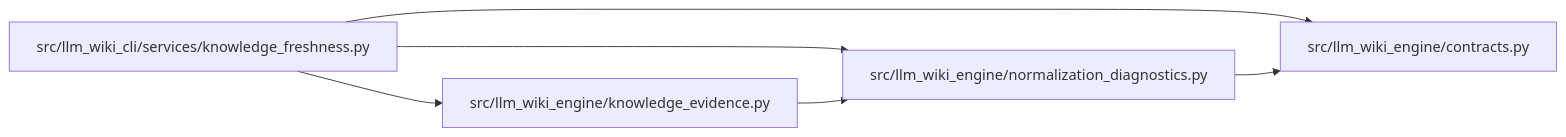
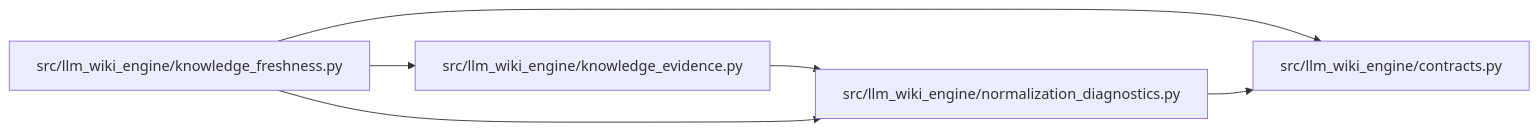
Before and after one commit to Denissvgn/python-wiki-llm: the diagram in docs/llm_wiki/modules/normalization_diagnostics.md, drawn with Mermaid. The commit also changed 1058 other files, not shown here.

First line of the commit message:
docs: refresh the wiki for the knowledge store move

````diff
--- a/docs/llm_wiki/modules/normalization_diagnostics.md
+++ b/docs/llm_wiki/modules/normalization_diagnostics.md
@@ -34,16 +34,16 @@
 ```mermaid
 flowchart LR
-    n0["src/llm_wiki_cli/services/knowledge_freshness.py"]
-    n1["src/llm_wiki_engine/contracts.py"]
-    n2["src/llm_wiki_engine/knowledge_evidence.py"]
+    n0["src/llm_wiki_engine/contracts.py"]
+    n1["src/llm_wiki_engine/knowledge_evidence.py"]
+    n2["src/llm_wiki_engine/knowledge_freshness.py"]
     n3["src/llm_wiki_engine/normalization_diagnostics.py"]
-    n0 --> n1
-    n0 --> n2
-    n0 --> n3
+    n1 --> n3
+    n2 --> n0
+    n2 --> n1
     n2 --> n3
-    n3 --> n1
-    click n0 "../modules/knowledge_freshness.md"
-    click n1 "../modules/llm_wiki_engine_contracts.md"
-    click n2 "../modules/knowledge_evidence.md"
+    n3 --> n0
+    click n0 "../modules/llm_wiki_engine_contracts.md"
+    click n1 "../modules/knowledge_evidence.md"
+    click n2 "../modules/knowledge_freshness.md"
     click n3 "../modules/normalization_diagnostics.md"
 ```
````
